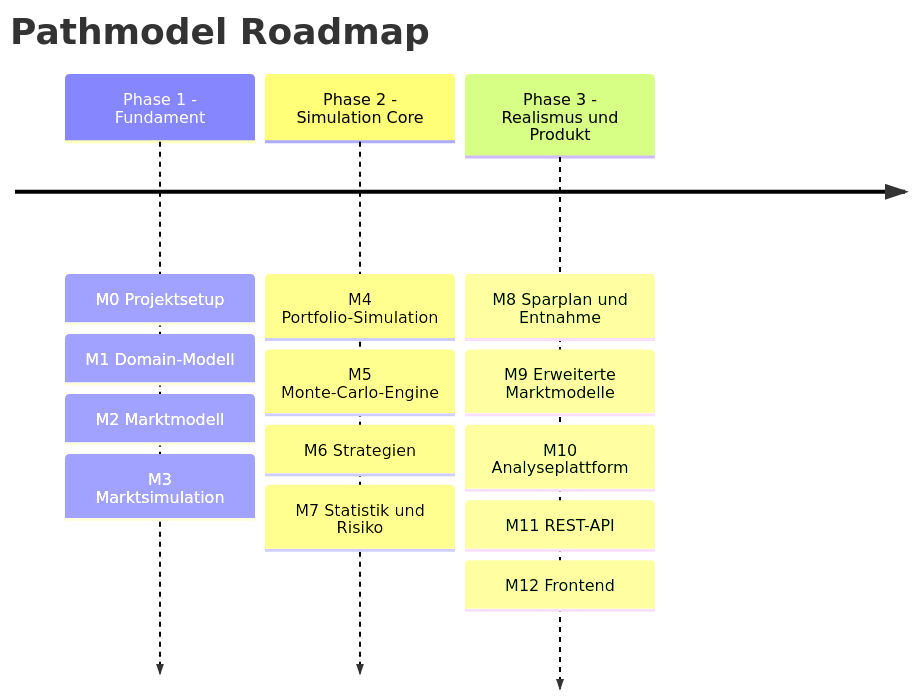
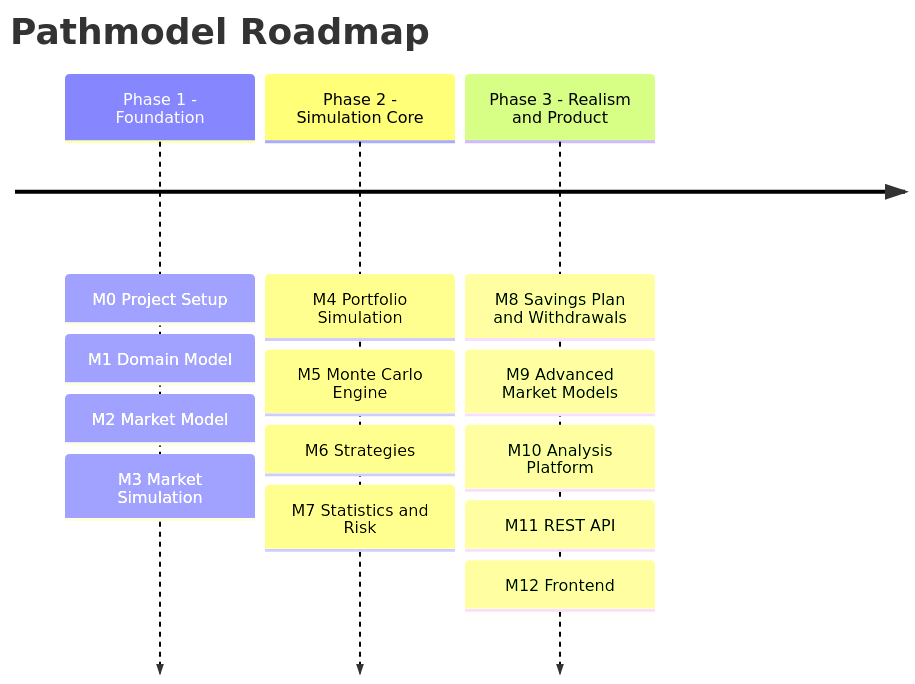
The diagram in README.md (philihoffi/Pathmodel), drawn with Mermaid before and after one commit. The commit also changed other lines of this file, not shown here.

Commit message:
Update `README.md` to use English for project description, roadmap, and milestones. Standardize terminology and improve clarity across sections.

````diff
--- a/README.md
+++ b/README.md
@@ -17,17 +16,17 @@
 ```mermaid
 timeline
     title Pathmodel Roadmap
-    Phase 1 - Fundament: M0 Projektsetup
-            : M1 Domain-Modell
-            : M2 Marktmodell
-            : M3 Marktsimulation
-    Phase 2 - Simulation Core: M4 Portfolio-Simulation
-            : M5 Monte-Carlo-Engine
-            : M6 Strategien
-            : M7 Statistik und Risiko
-    Phase 3 - Realismus und Produkt: M8 Sparplan und Entnahme
-            : M9 Erweiterte Marktmodelle
-            : M10 Analyseplattform
-            : M11 REST-API
+    Phase 1 - Foundation: M0 Project Setup
+            : M1 Domain Model
+            : M2 Market Model
+            : M3 Market Simulation
+    Phase 2 - Simulation Core: M4 Portfolio Simulation
+            : M5 Monte Carlo Engine
+            : M6 Strategies
+            : M7 Statistics and Risk
+    Phase 3 - Realism and Product: M8 Savings Plan and Withdrawals
+            : M9 Advanced Market Models
+            : M10 Analysis Platform
+            : M11 REST API
             : M12 Frontend
 ```
````
